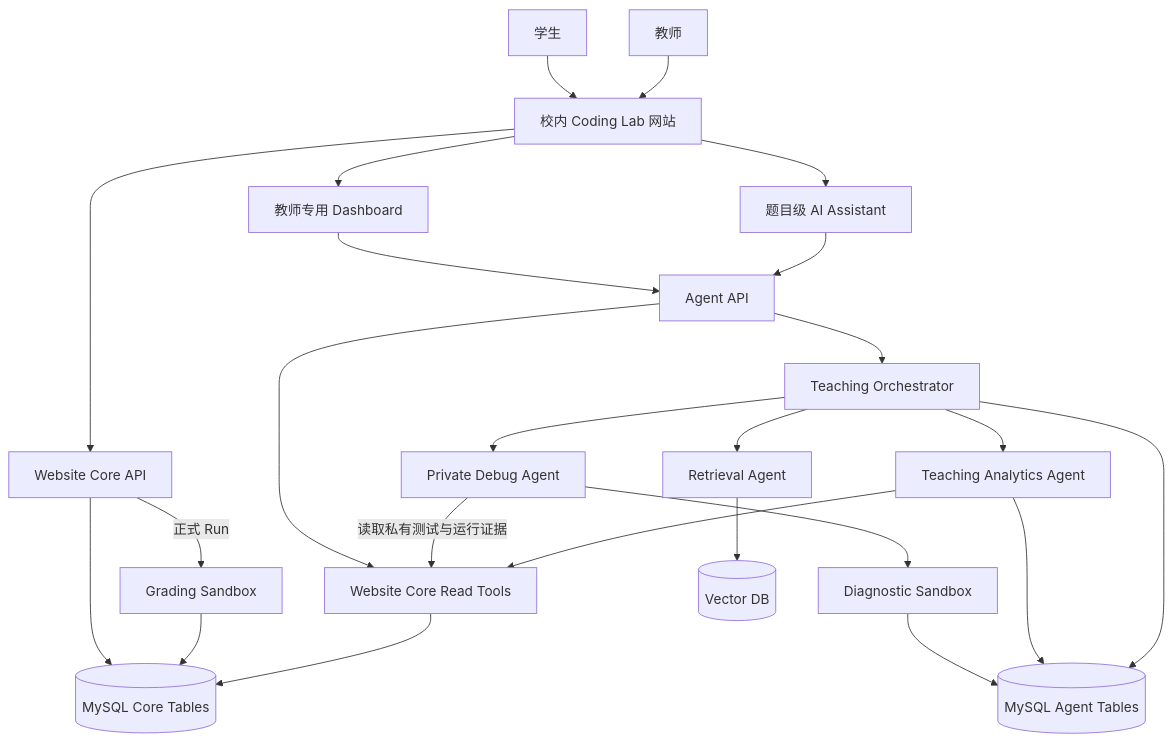
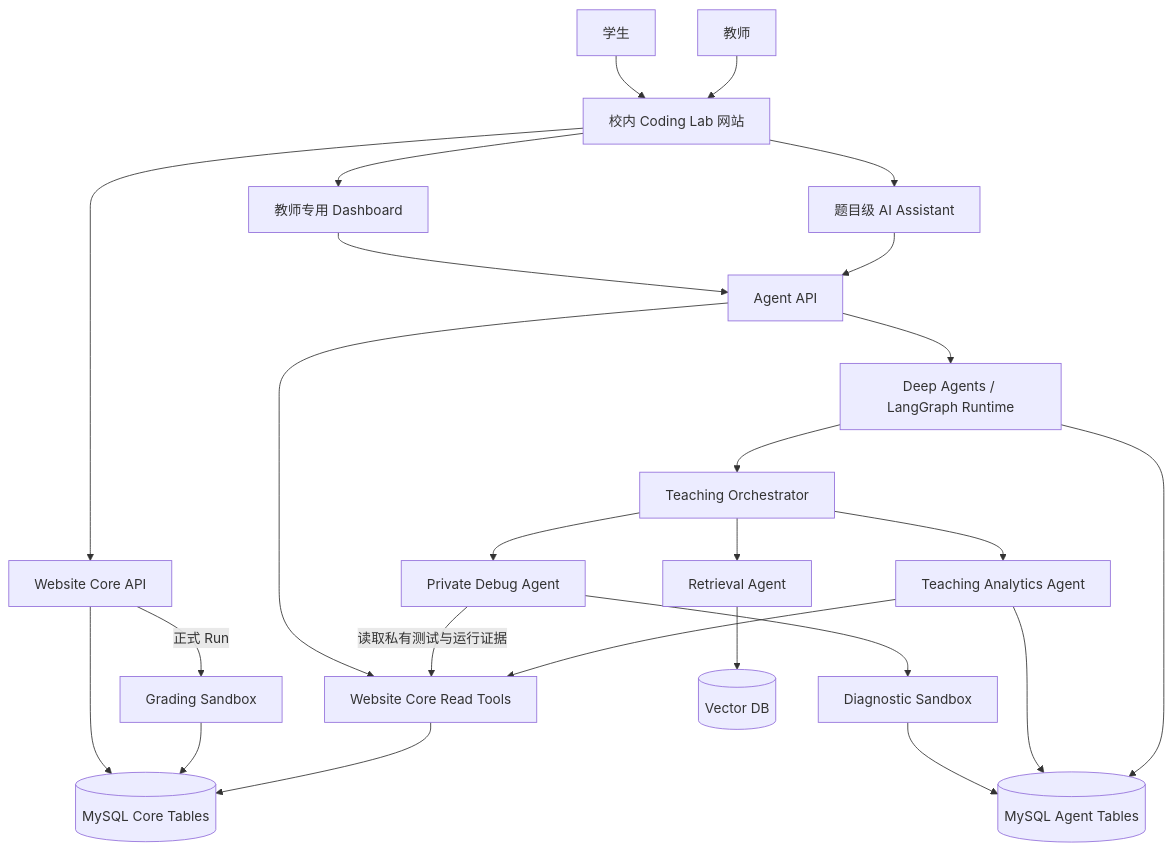
The first of 9 diagrams in docs/superpowers/specs/2026-09-13-ai-coding-assistant-architecture-design-zh.md (roey-cheng/AI-teaching-agent), drawn with Mermaid before and after one commit. The commit also changed other lines of this file, not shown here.

Commit message:
docs: add agent runtime architecture

````diff
--- a/docs/superpowers/specs/2026-09-13-ai-coding-assistant-architecture-design-zh.md
+++ b/docs/superpowers/specs/2026-09-13-ai-coding-assistant-architecture-design-zh.md
@@ -40,35 +40,36 @@
 ```mermaid
 flowchart TD
     Student[学生]
     Teacher[教师]
 
     Student --> Website[校内 Coding Lab 网站]
     Teacher --> Website
 
     Website --> Core[Website Core API]
     Website --> Assistant[题目级 AI Assistant]
     Website --> Dashboard[教师专用 Dashboard]
     Dashboard --> AgentAPI[Agent API]
     Assistant --> AgentAPI
 
     Core -->|正式 Run| GradingSandbox[Grading Sandbox]
     Core --> CoreTables[(MySQL Core Tables)]
     GradingSandbox --> CoreTables
 
-    AgentAPI --> Orchestrator[Teaching Orchestrator]
+    AgentAPI --> Runtime[Deep Agents / LangGraph Runtime]
     AgentAPI --> ReadTools[Website Core Read Tools]
     ReadTools --> CoreTables
 
+    Runtime --> Orchestrator[Teaching Orchestrator]
     Orchestrator --> Debug[Private Debug Agent]
     Orchestrator --> Retrieval[Retrieval Agent]
     Orchestrator --> Analytics[Teaching Analytics Agent]
 
     Debug -->|读取私有测试与运行证据| ReadTools
     Debug --> DiagnosticSandbox[Diagnostic Sandbox]
     DiagnosticSandbox --> AgentTables[(MySQL Agent Tables)]
 
     Retrieval --> VectorDB[(Vector DB)]
     Analytics --> ReadTools
     Analytics --> AgentTables
-    Orchestrator --> AgentTables
+    Runtime --> AgentTables
 ```
````
